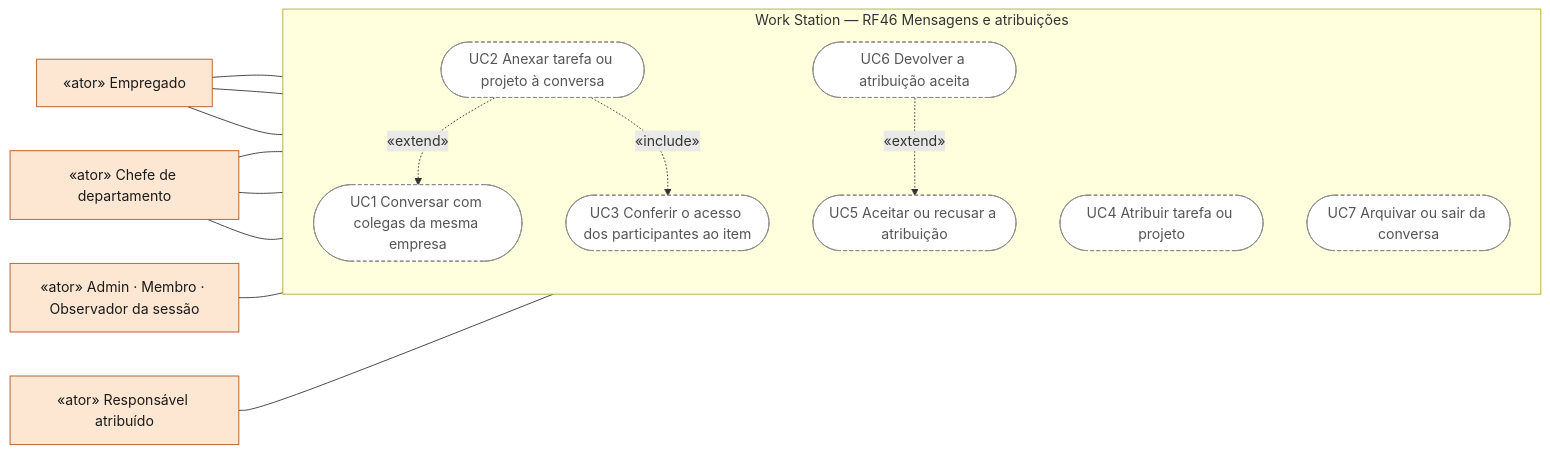
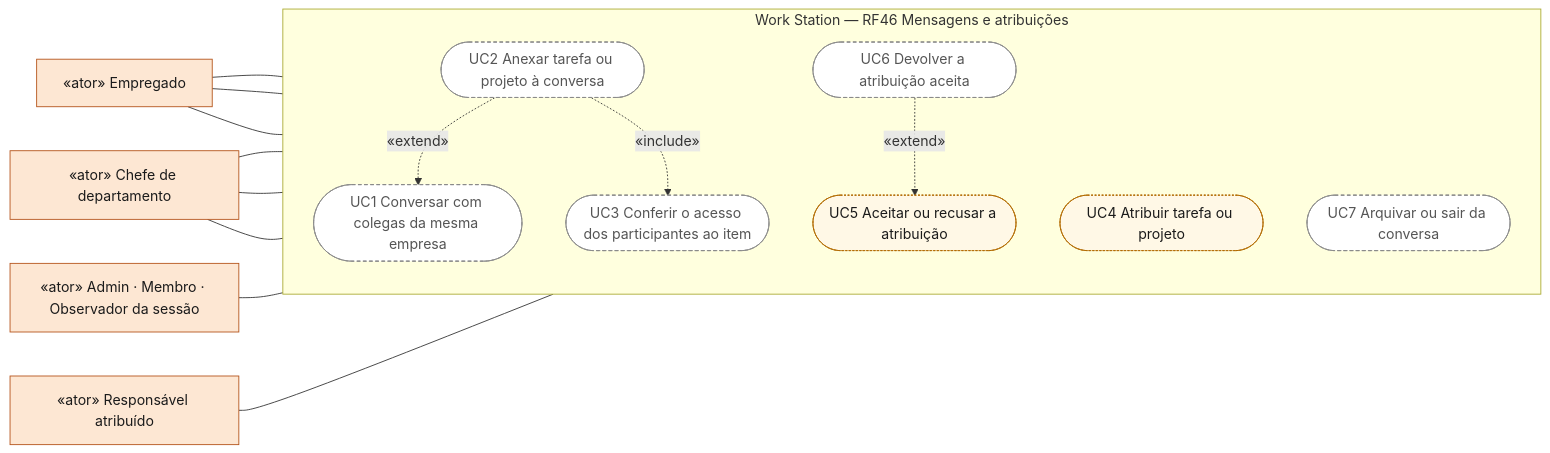
The first of 6 diagrams in docs/diagramas/RF46/README.md (MatheusHaliski/Decia-app-2026), drawn with Mermaid before and after one commit. The commit also changed 13 other files, not shown here.

First line of the commit message:
docs(diagramas): classe ucDemo para casos de uso que só funcionam com dados de demonstração

````diff
--- a/docs/diagramas/RF46/README.md
+++ b/docs/diagramas/RF46/README.md
@@ -29,32 +29,33 @@
 ```mermaid
 flowchart LR
   classDef ator fill:#fde7d3,stroke:#b4531a,color:#1b1b1b
   classDef atorSis fill:#f1ecf9,stroke:#6a4bb3,color:#1b1b1b
   classDef uc fill:#ffffff,stroke:#3557a6,color:#1b1b1b
   classDef ucPlan fill:#ffffff,stroke:#8a8a8a,stroke-dasharray:4 3,color:#555555
+  classDef ucDemo fill:#fff8e6,stroke:#b26a00,stroke-dasharray:2 2,color:#1b1b1b
   empregado["«ator» Empregado"]:::ator
   chefe["«ator» Chefe de departamento"]:::ator
   participante_sessao["«ator» Admin · Membro · Observador da sessão"]:::ator
   responsavel["«ator» Responsável atribuído"]:::ator
   subgraph SIS["Work Station — RF46 Mensagens e atribuições"]
     direction TB
     UC1(["UC1 Conversar com colegas da mesma empresa"]):::ucPlan
     UC2(["UC2 Anexar tarefa ou projeto à conversa"]):::ucPlan
     UC3(["UC3 Conferir o acesso dos participantes ao item"]):::ucPlan
-    UC4(["UC4 Atribuir tarefa ou projeto"]):::ucPlan
-    UC5(["UC5 Aceitar ou recusar a atribuição"]):::ucPlan
+    UC4(["UC4 Atribuir tarefa ou projeto"]):::ucDemo
+    UC5(["UC5 Aceitar ou recusar a atribuição"]):::ucDemo
     UC6(["UC6 Devolver a atribuição aceita"]):::ucPlan
     UC7(["UC7 Arquivar ou sair da conversa"]):::ucPlan
   end
   empregado --- UC1
   empregado --- UC4
   empregado --- UC7
   chefe --- UC1
   chefe --- UC4
   chefe --- UC7
   participante_sessao --- UC4
   responsavel --- UC5
   UC2 -. "«extend»" .-> UC1
   UC2 -. "«include»" .-> UC3
   UC6 -. "«extend»" .-> UC5
 ```
````
